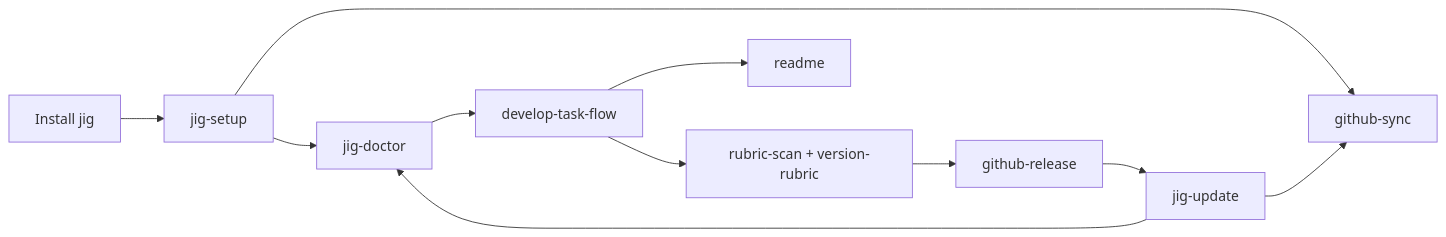
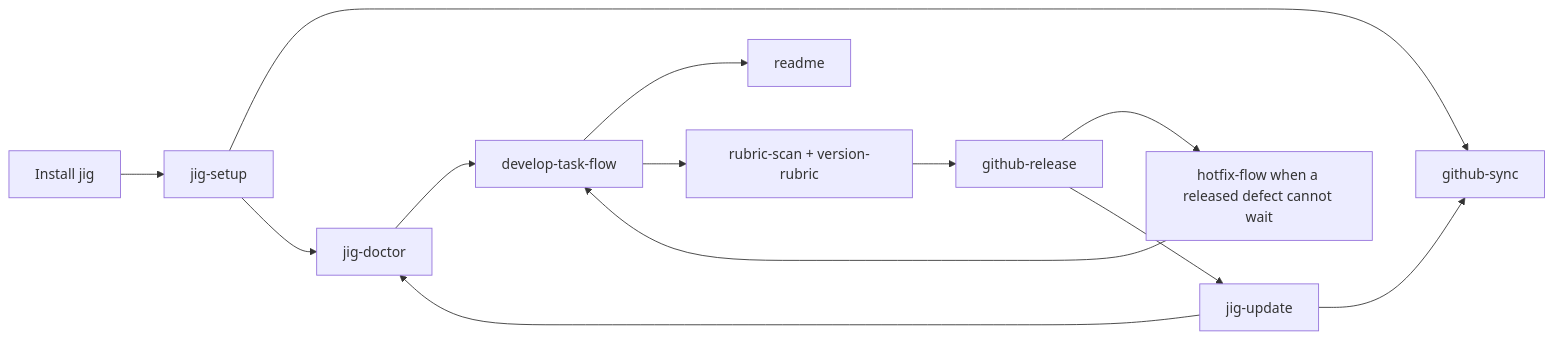
One commit to 0x0w1/jig changed the diagram in docs/en/skills/index.md. Above: the diagram before and after it, drawn with Mermaid. The commit also changed other lines of this file and 43 other files, not shown here.

First line of the commit message:
feat: 릴리즈된 결함을 먼저 내보내는 hotfix-flow를 추가합니다

````diff
--- a/docs/en/skills/index.md
+++ b/docs/en/skills/index.md
@@ -11,13 +11,15 @@
 ```mermaid
 flowchart LR
     Install[Install jig] --> Setup[jig-setup]
     Setup --> Sync[github-sync]
     Setup --> Doctor[jig-doctor]
     Doctor --> Work[develop-task-flow]
     Work --> Readme[readme]
     Work --> Rubric[rubric-scan + version-rubric]
     Rubric --> Release[github-release]
+    Release --> Hotfix[hotfix-flow when a released defect cannot wait]
+    Hotfix --> Work
     Release --> Update[jig-update]
     Update --> Sync
     Update --> Doctor
 ```
````
